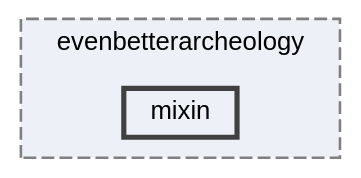
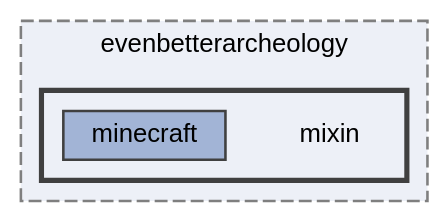
Before and after one commit to noah1510/EvenBetterArcheology: the diagram in dir_e2923f6eb5bee160416695ae6f614e84_dep.dot, drawn with Graphviz. The commit also changed 335 other files, not shown here.

```diff
--- a/dir_e2923f6eb5bee160416695ae6f614e84_dep.dot
+++ b/dir_e2923f6eb5bee160416695ae6f614e84_dep.dot
@@ -1,12 +1,16 @@
 digraph "mixin"
 {
  // LATEX_PDF_SIZE
   bgcolor="transparent";
   edge [fontname=Helvetica,fontsize=10,labelfontname=Helvetica,labelfontsize=10];
   node [fontname=Helvetica,fontsize=10,shape=box,height=0.2,width=0.4];
   compound=true
   subgraph clusterdir_4459306ccf045a10653468607035c2c5 {
     graph [ bgcolor="#edf0f7", pencolor="grey50", label="evenbetterarcheology", fontname=Helvetica,fontsize=10 style="filled,dashed", URL="dir_4459306ccf045a10653468607035c2c5.html",tooltip=""]
-  dir_e2923f6eb5bee160416695ae6f614e84 [label="mixin", fillcolor="#edf0f7", color="grey25", style="filled,bold", URL="dir_e2923f6eb5bee160416695ae6f614e84.html",tooltip=""];
+  subgraph clusterdir_e2923f6eb5bee160416695ae6f614e84 {
+    graph [ bgcolor="#edf0f7", pencolor="grey25", label="", fontname=Helvetica,fontsize=10 style="filled,bold", URL="dir_e2923f6eb5bee160416695ae6f614e84.html",tooltip=""]
+    dir_e2923f6eb5bee160416695ae6f614e84 [shape=plaintext, label="mixin"];
+  dir_ed3b973c8b3255e867adecc7a8c18624 [label="minecraft", fillcolor="#a2b4d6", color="grey25", style="filled", URL="dir_ed3b973c8b3255e867adecc7a8c18624.html",tooltip=""];
+  }
   }
 }
```
